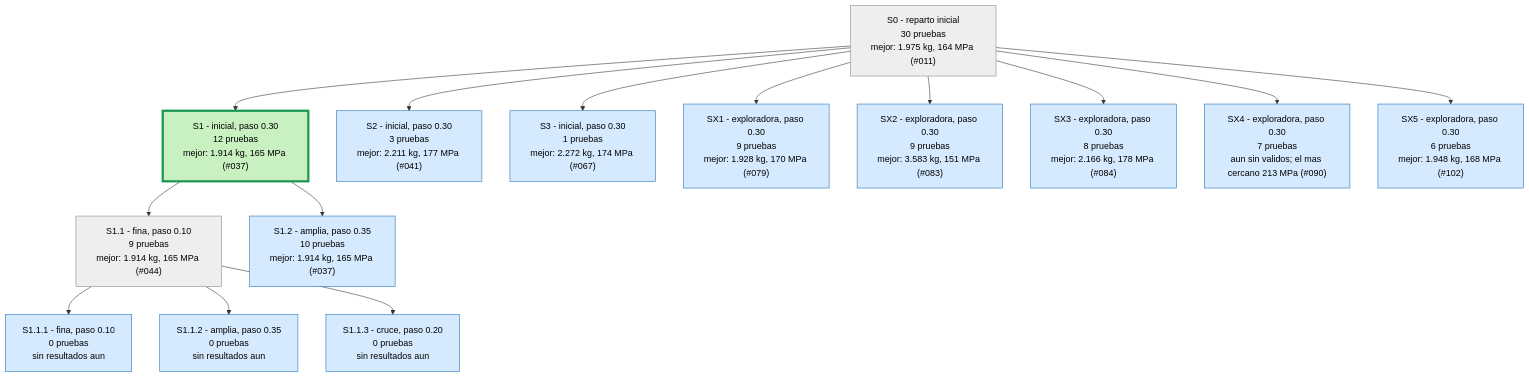
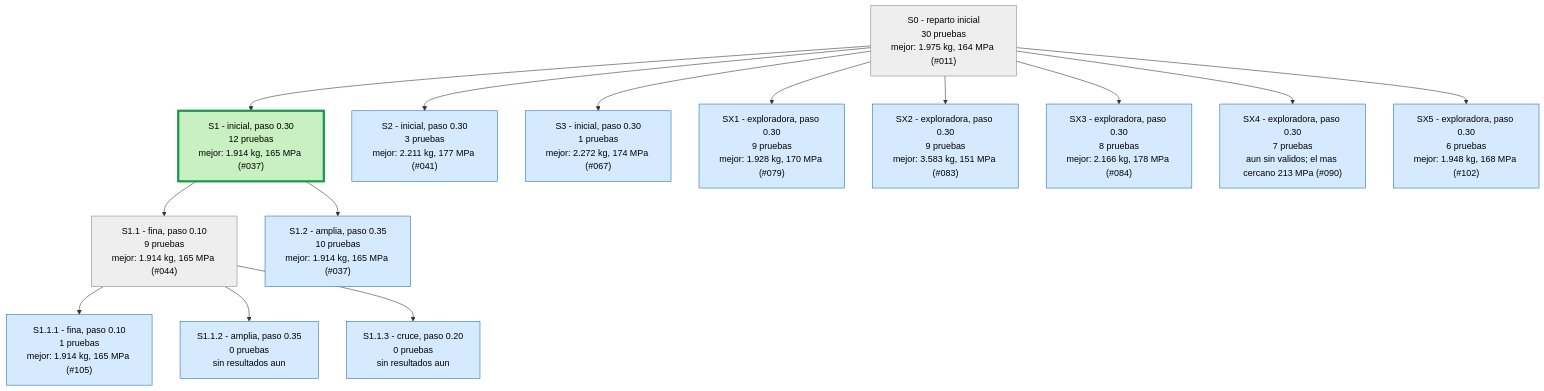
The first of 4 diagrams in runs/opt_37800N/ARBOL.md (Hugiko/msd-soporte-optimizacion), drawn with Mermaid before and after one commit. The commit also changed 16 other files, not shown here.

````diff
--- a/runs/opt_37800N/ARBOL.md
+++ b/runs/opt_37800N/ARBOL.md
@@ -9,33 +9,33 @@
 ```mermaid
 graph TD
 classDef activa fill:#d6eaff,stroke:#1f6fb5,color:#000
 classDef fin fill:#eeeeee,stroke:#888,color:#000
 classDef mejor fill:#c8f0c0,stroke:#1a9850,stroke-width:4px,color:#000
 S0["S0 - reparto inicial<br/>30 pruebas<br/>mejor: 1.975 kg, 164 MPa (#011)"]:::fin
 S1["S1 - inicial, paso 0.30<br/>12 pruebas<br/>mejor: 1.914 kg, 165 MPa (#037)"]:::mejor
 S0 --> S1
 S2["S2 - inicial, paso 0.30<br/>3 pruebas<br/>mejor: 2.211 kg, 177 MPa (#041)"]:::activa
 S0 --> S2
 S3["S3 - inicial, paso 0.30<br/>1 pruebas<br/>mejor: 2.272 kg, 174 MPa (#067)"]:::activa
 S0 --> S3
 S1_1["S1.1 - fina, paso 0.10<br/>9 pruebas<br/>mejor: 1.914 kg, 165 MPa (#044)"]:::fin
 S1 --> S1_1
 S1_2["S1.2 - amplia, paso 0.35<br/>10 pruebas<br/>mejor: 1.914 kg, 165 MPa (#037)"]:::activa
 S1 --> S1_2
-S1_1_1["S1.1.1 - fina, paso 0.10<br/>0 pruebas<br/>sin resultados aun"]:::activa
+S1_1_1["S1.1.1 - fina, paso 0.10<br/>1 pruebas<br/>mejor: 1.914 kg, 165 MPa (#105)"]:::activa
 S1_1 --> S1_1_1
 S1_1_2["S1.1.2 - amplia, paso 0.35<br/>0 pruebas<br/>sin resultados aun"]:::activa
 S1_1 --> S1_1_2
 S1_1_3["S1.1.3 - cruce, paso 0.20<br/>0 pruebas<br/>sin resultados aun"]:::activa
 S1_1 --> S1_1_3
 SX1["SX1 - exploradora, paso 0.30<br/>9 pruebas<br/>mejor: 1.928 kg, 170 MPa (#079)"]:::activa
 S0 --> SX1
 SX2["SX2 - exploradora, paso 0.30<br/>9 pruebas<br/>mejor: 3.583 kg, 151 MPa (#083)"]:::activa
 S0 --> SX2
 SX3["SX3 - exploradora, paso 0.30<br/>8 pruebas<br/>mejor: 2.166 kg, 178 MPa (#084)"]:::activa
 S0 --> SX3
 SX4["SX4 - exploradora, paso 0.30<br/>7 pruebas<br/>aun sin validos; el mas cercano 213 MPa (#090)"]:::activa
 S0 --> SX4
 SX5["SX5 - exploradora, paso 0.30<br/>6 pruebas<br/>mejor: 1.948 kg, 168 MPa (#102)"]:::activa
 S0 --> SX5
 ```
````
